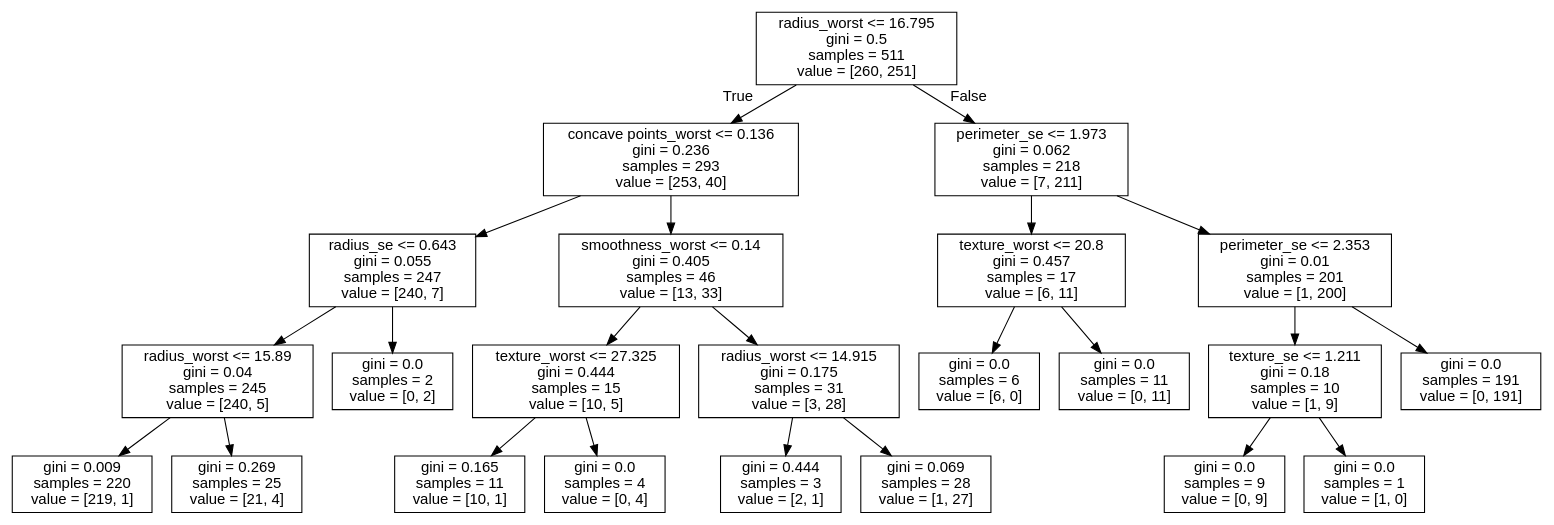
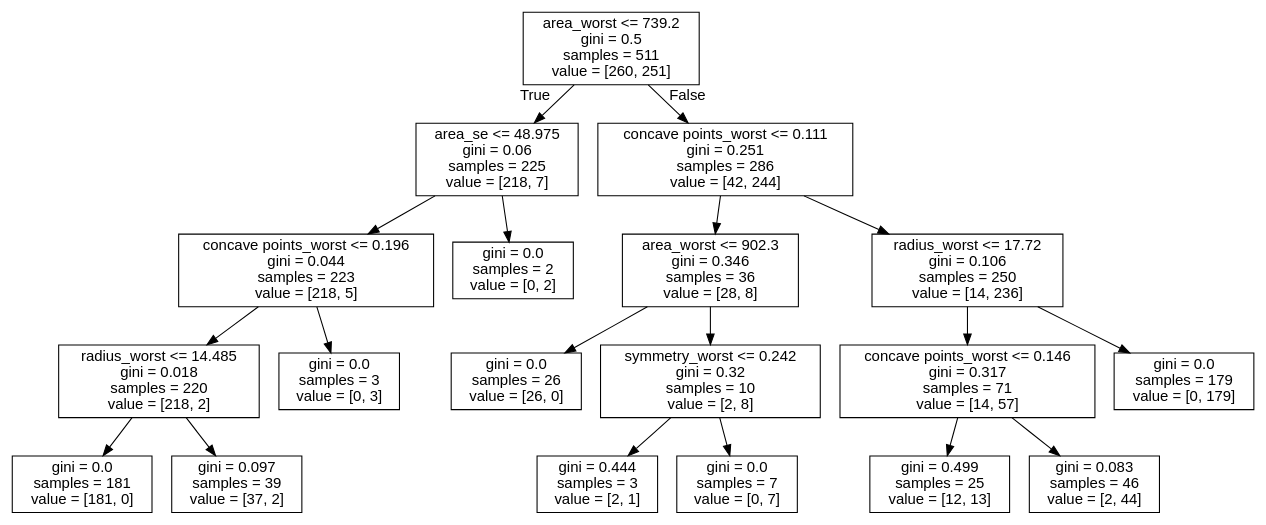
Before and after one commit to m21ark/ia_t2: the diagram in tree.dot, drawn with Graphviz. The commit also changed 2 other files, not shown here.

```diff
--- a/tree.dot
+++ b/tree.dot
@@ -1,49 +1,41 @@
 digraph Tree {
 node [shape=box, fontname="helvetica"] ;
 edge [fontname="helvetica"] ;
-0 [label="radius_worst <= 16.795\ngini = 0.5\nsamples = 511\nvalue = [260, 251]"] ;
-1 [label="concave points_worst <= 0.136\ngini = 0.236\nsamples = 293\nvalue = [253, 40]"] ;
+0 [label="area_worst <= 739.2\ngini = 0.5\nsamples = 511\nvalue = [260, 251]"] ;
+1 [label="area_se <= 48.975\ngini = 0.06\nsamples = 225\nvalue = [218, 7]"] ;
 0 -> 1 [labeldistance=2.5, labelangle=45, headlabel="True"] ;
-2 [label="radius_se <= 0.643\ngini = 0.055\nsamples = 247\nvalue = [240, 7]"] ;
+2 [label="concave points_worst <= 0.196\ngini = 0.044\nsamples = 223\nvalue = [218, 5]"] ;
 1 -> 2 ;
-3 [label="radius_worst <= 15.89\ngini = 0.04\nsamples = 245\nvalue = [240, 5]"] ;
+3 [label="radius_worst <= 14.485\ngini = 0.018\nsamples = 220\nvalue = [218, 2]"] ;
 2 -> 3 ;
-4 [label="gini = 0.009\nsamples = 220\nvalue = [219, 1]"] ;
+4 [label="gini = 0.0\nsamples = 181\nvalue = [181, 0]"] ;
 3 -> 4 ;
-5 [label="gini = 0.269\nsamples = 25\nvalue = [21, 4]"] ;
+5 [label="gini = 0.097\nsamples = 39\nvalue = [37, 2]"] ;
 3 -> 5 ;
-6 [label="gini = 0.0\nsamples = 2\nvalue = [0, 2]"] ;
+6 [label="gini = 0.0\nsamples = 3\nvalue = [0, 3]"] ;
 2 -> 6 ;
-7 [label="smoothness_worst <= 0.14\ngini = 0.405\nsamples = 46\nvalue = [13, 33]"] ;
+7 [label="gini = 0.0\nsamples = 2\nvalue = [0, 2]"] ;
 1 -> 7 ;
-8 [label="texture_worst <= 27.325\ngini = 0.444\nsamples = 15\nvalue = [10, 5]"] ;
-7 -> 8 ;
-9 [label="gini = 0.165\nsamples = 11\nvalue = [10, 1]"] ;
+8 [label="concave points_worst <= 0.111\ngini = 0.251\nsamples = 286\nvalue = [42, 244]"] ;
+0 -> 8 [labeldistance=2.5, labelangle=-45, headlabel="False"] ;
+9 [label="area_worst <= 902.3\ngini = 0.346\nsamples = 36\nvalue = [28, 8]"] ;
 8 -> 9 ;
-10 [label="gini = 0.0\nsamples = 4\nvalue = [0, 4]"] ;
-8 -> 10 ;
-11 [label="radius_worst <= 14.915\ngini = 0.175\nsamples = 31\nvalue = [3, 28]"] ;
-7 -> 11 ;
+10 [label="gini = 0.0\nsamples = 26\nvalue = [26, 0]"] ;
+9 -> 10 ;
+11 [label="symmetry_worst <= 0.242\ngini = 0.32\nsamples = 10\nvalue = [2, 8]"] ;
+9 -> 11 ;
 12 [label="gini = 0.444\nsamples = 3\nvalue = [2, 1]"] ;
 11 -> 12 ;
-13 [label="gini = 0.069\nsamples = 28\nvalue = [1, 27]"] ;
+13 [label="gini = 0.0\nsamples = 7\nvalue = [0, 7]"] ;
 11 -> 13 ;
-14 [label="perimeter_se <= 1.973\ngini = 0.062\nsamples = 218\nvalue = [7, 211]"] ;
-0 -> 14 [labeldistance=2.5, labelangle=-45, headlabel="False"] ;
-15 [label="texture_worst <= 20.8\ngini = 0.457\nsamples = 17\nvalue = [6, 11]"] ;
+14 [label="radius_worst <= 17.72\ngini = 0.106\nsamples = 250\nvalue = [14, 236]"] ;
+8 -> 14 ;
+15 [label="concave points_worst <= 0.146\ngini = 0.317\nsamples = 71\nvalue = [14, 57]"] ;
 14 -> 15 ;
-16 [label="gini = 0.0\nsamples = 6\nvalue = [6, 0]"] ;
+16 [label="gini = 0.499\nsamples = 25\nvalue = [12, 13]"] ;
 15 -> 16 ;
-17 [label="gini = 0.0\nsamples = 11\nvalue = [0, 11]"] ;
+17 [label="gini = 0.083\nsamples = 46\nvalue = [2, 44]"] ;
 15 -> 17 ;
-18 [label="perimeter_se <= 2.353\ngini = 0.01\nsamples = 201\nvalue = [1, 200]"] ;
+18 [label="gini = 0.0\nsamples = 179\nvalue = [0, 179]"] ;
 14 -> 18 ;
-19 [label="texture_se <= 1.211\ngini = 0.18\nsamples = 10\nvalue = [1, 9]"] ;
-18 -> 19 ;
-20 [label="gini = 0.0\nsamples = 9\nvalue = [0, 9]"] ;
-19 -> 20 ;
-21 [label="gini = 0.0\nsamples = 1\nvalue = [1, 0]"] ;
-19 -> 21 ;
-22 [label="gini = 0.0\nsamples = 191\nvalue = [0, 191]"] ;
-18 -> 22 ;
 }
```
